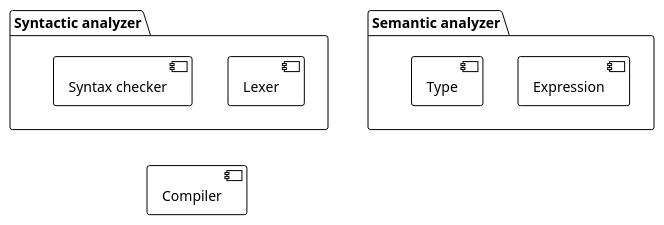
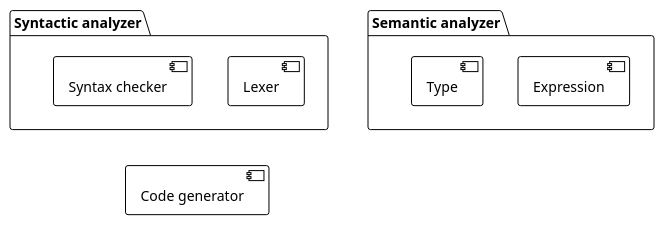
Before and after one commit to ConcreteCactus/lcc: the diagram in docs/high-level-architecture.diag.plantuml, drawn with PlantUML. The commit also changed 7 other files, not shown here.

Commit message:
renamed compiler to codeGenerator

```diff
--- a/docs/high-level-architecture.diag.plantuml
+++ b/docs/high-level-architecture.diag.plantuml
@@ -1,14 +1,14 @@
 @startuml
 !theme plain
 package "Syntactic analyzer" {
     [Lexer]
     [Syntax checker]
 }
 package "Semantic analyzer" {
     [Expression]
     [Type]
 }
-[Compiler]
-"Syntactic analyzer" -[hidden]- [Compiler]
-"Semantic analyzer" -[hidden]- [Compiler]
+[Code generator]
+"Syntactic analyzer" -[hidden]- [Code generator]
+"Semantic analyzer" -[hidden]- [Code generator]
 @enduml
```
